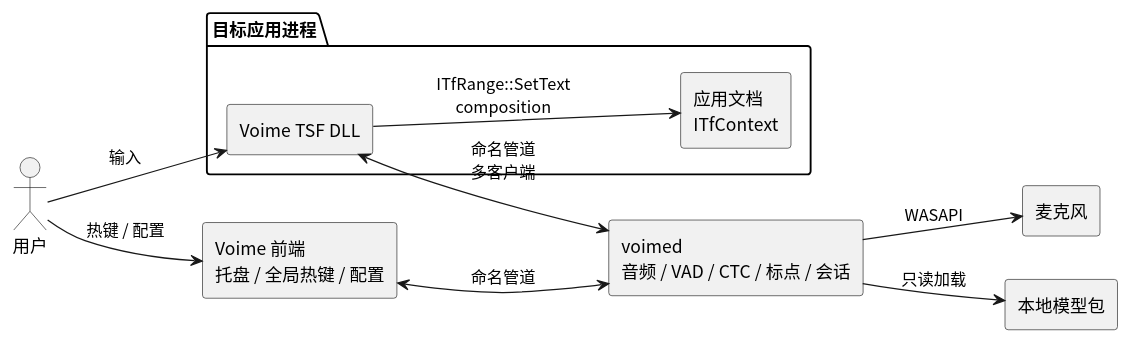
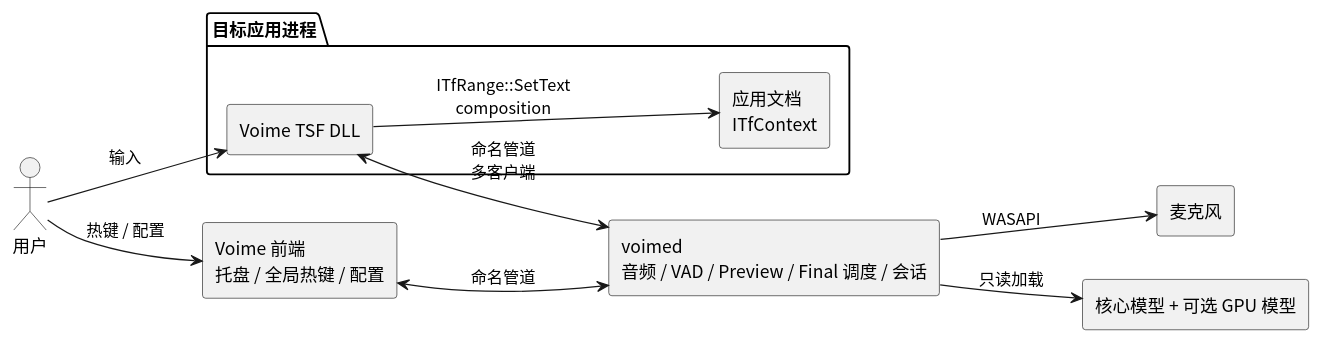
One commit to 54m43lJ/voime changed the diagram in diagram/windows-tsf.puml. Above: the diagram before and after it, drawn with PlantUML. The commit also changed 72 other files, not shown here.

```diff
--- a/diagram/windows-tsf.puml
+++ b/diagram/windows-tsf.puml
@@ -1,25 +1,25 @@
 @startuml
 skinparam defaultFontName "Noto Sans CJK SC"
 skinparam shadowing false
 skinparam componentStyle rectangle
 left to right direction
 
 actor "用户" as User
 component "Voime 前端\n托盘 / 全局热键 / 配置" as Broker
-component "voimed\n音频 / VAD / CTC / 标点 / 会话" as Daemon
+component "voimed\n音频 / VAD / Preview / Final 调度 / 会话" as Daemon
 component "麦克风" as Mic
-component "本地模型包" as Models
+component "核心模型 + 可选 GPU 模型" as Models
 
 package "目标应用进程" {
   component "Voime TSF DLL" as TSF
   component "应用文档\nITfContext" as Doc
 }
 
 User --> Broker : 热键 / 配置
 User --> TSF : 输入
 Broker <--> Daemon : 命名管道
 TSF <--> Daemon : 命名管道\n多客户端
 TSF --> Doc : ITfRange::SetText\ncomposition
 Daemon --> Mic : WASAPI
 Daemon --> Models : 只读加载
 @enduml
```
